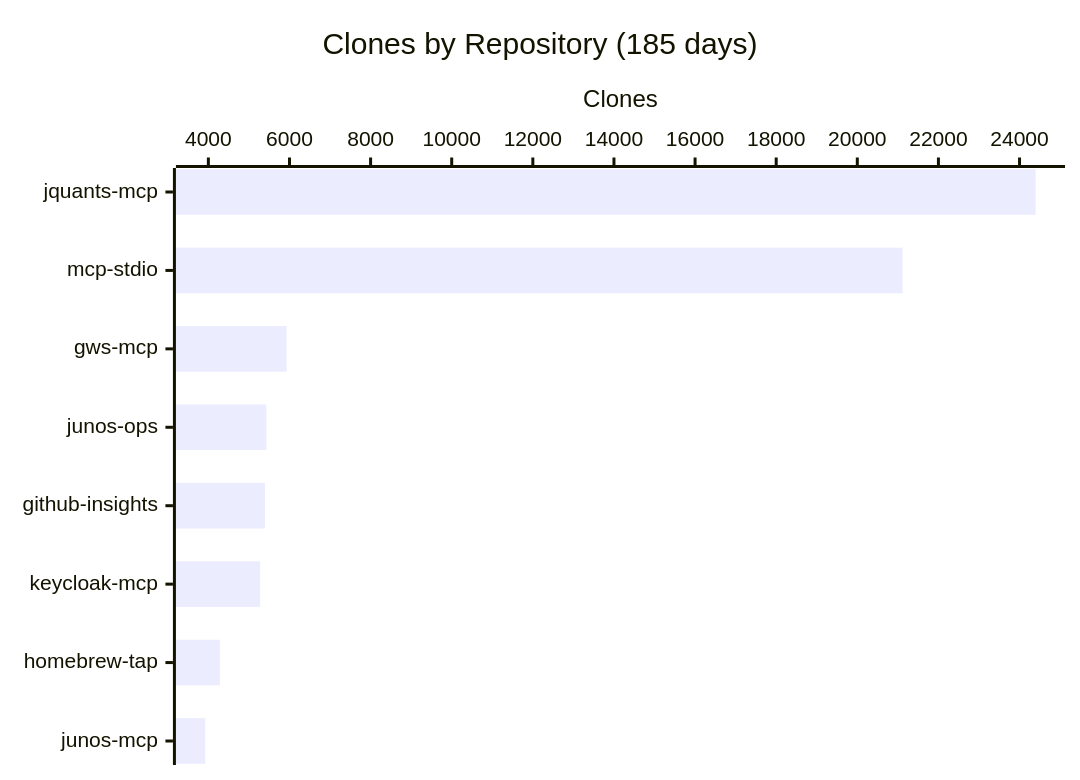
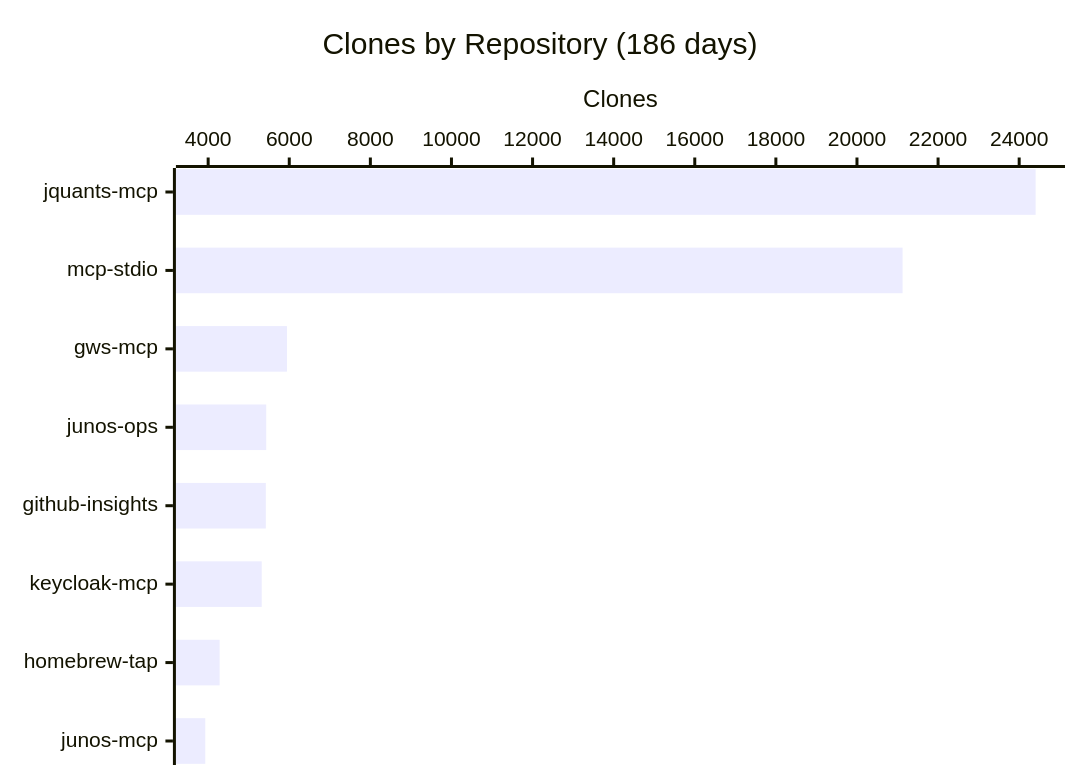
One commit to shigechika/github-insights changed the fourth of 4 diagrams in README.md. Above: the diagram before and after it, drawn with Mermaid. The commit also changed other lines of this file and 2 other files, not shown here.

````diff
--- a/README.md
+++ b/README.md
@@ -58,7 +58,7 @@
 ```mermaid
 xychart-beta horizontal
-    title "Clones by Repository (185 days)"
+    title "Clones by Repository (186 days)"
     x-axis ["jquants-mcp", "mcp-stdio", "gws-mcp", "junos-ops", "github-insights", "keycloak-mcp", "homebrew-tap", "junos-mcp"]
     y-axis "Clones"
-    bar [24397, 21117, 5929, 5430, 5395, 5278, 4283, 3924]
+    bar [24406, 21124, 5943, 5432, 5422, 5321, 4283, 3929]
 ```
````
